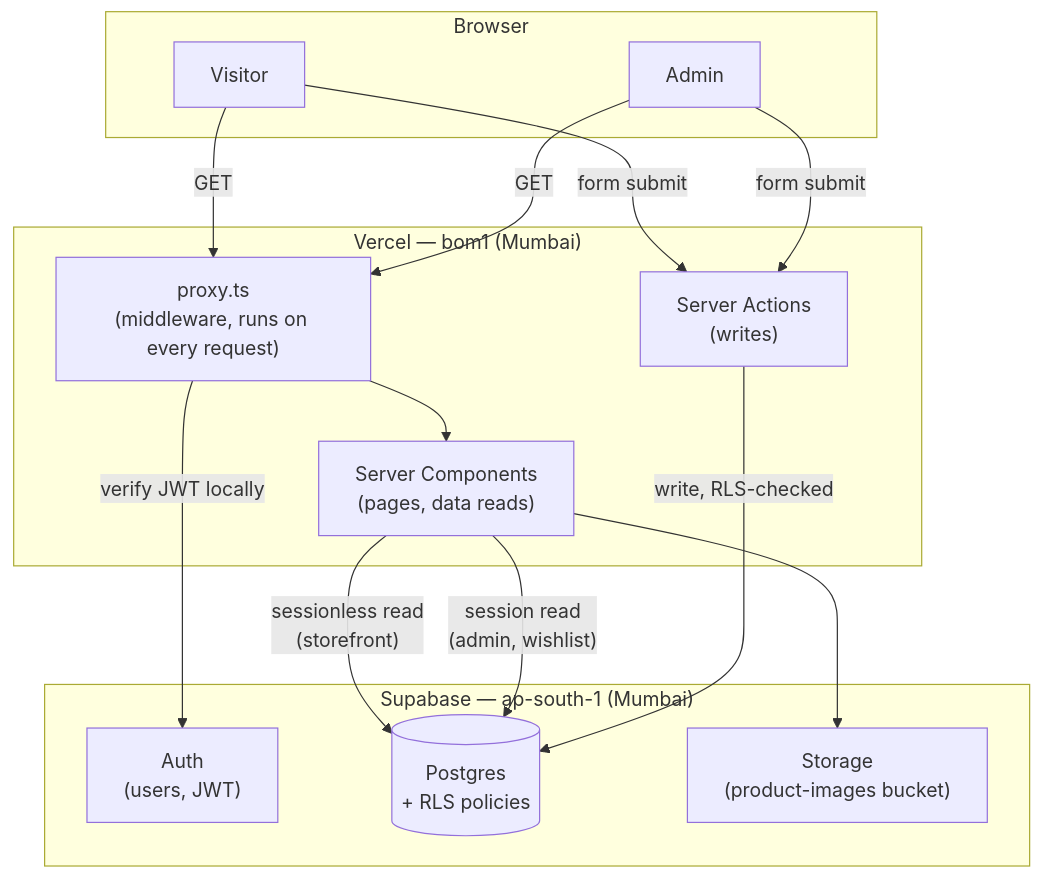
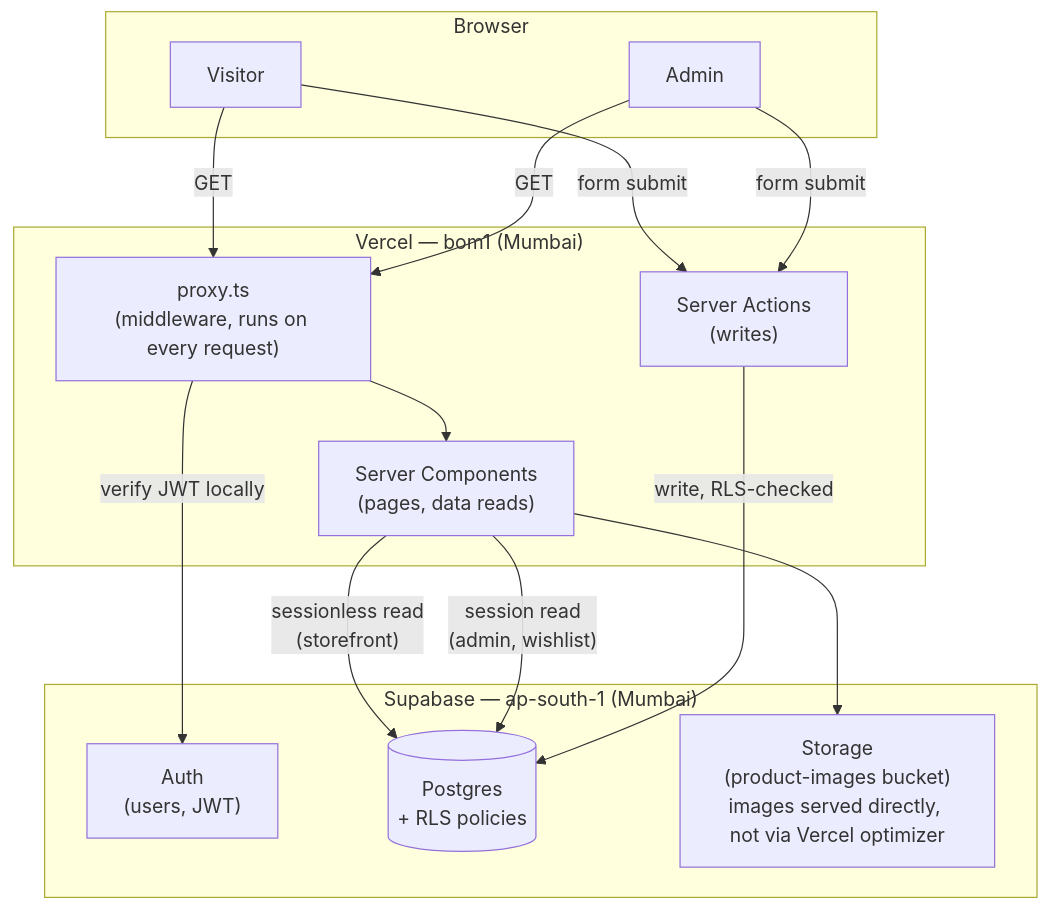
Before and after one commit to AnushriKar99/art_speaks: the first of 13 diagrams in docs/ARCHITECTURE.md, drawn with Mermaid. The commit also changed other lines of this file and 5 other files, not shown here.

First line of the commit message:
Compress images to WebP at upload, bypass Vercel optimizer, update docs

````diff
--- a/docs/ARCHITECTURE.md
+++ b/docs/ARCHITECTURE.md
@@ -15,30 +15,30 @@
 ```mermaid
 flowchart TB
     subgraph Browser
         Visitor[Visitor]
         Admin[Admin]
     end
 
     subgraph Vercel["Vercel — bom1 (Mumbai)"]
         Proxy["proxy.ts\n(middleware, runs on every request)"]
         RSC["Server Components\n(pages, data reads)"]
         Actions["Server Actions\n(writes)"]
     end
 
     subgraph Supabase["Supabase — ap-south-1 (Mumbai)"]
         Auth["Auth\n(users, JWT)"]
         DB[("Postgres\n+ RLS policies")]
-        Storage["Storage\n(product-images bucket)"]
+        Storage["Storage\n(product-images bucket)\nimages served directly, not via Vercel optimizer"]
     end
 
     Visitor -->|GET| Proxy
     Admin -->|GET| Proxy
     Proxy --> RSC
     RSC -->|"sessionless read\n(storefront)"| DB
     RSC -->|"session read\n(admin, wishlist)"| DB
     RSC --> Storage
     Actions -->|write, RLS-checked| DB
     Proxy -->|verify JWT locally| Auth
     Visitor -->|form submit| Actions
     Admin -->|form submit| Actions
 ```
````
